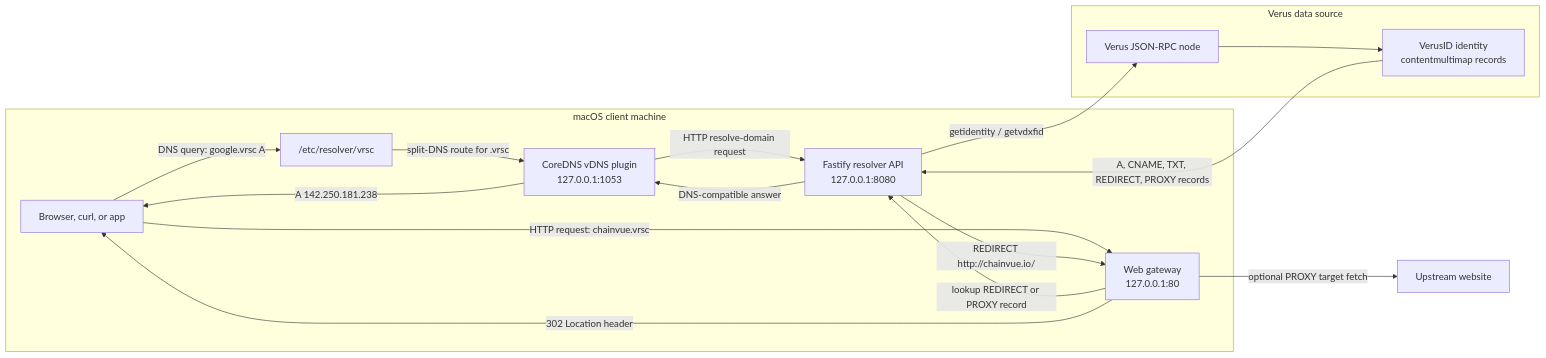
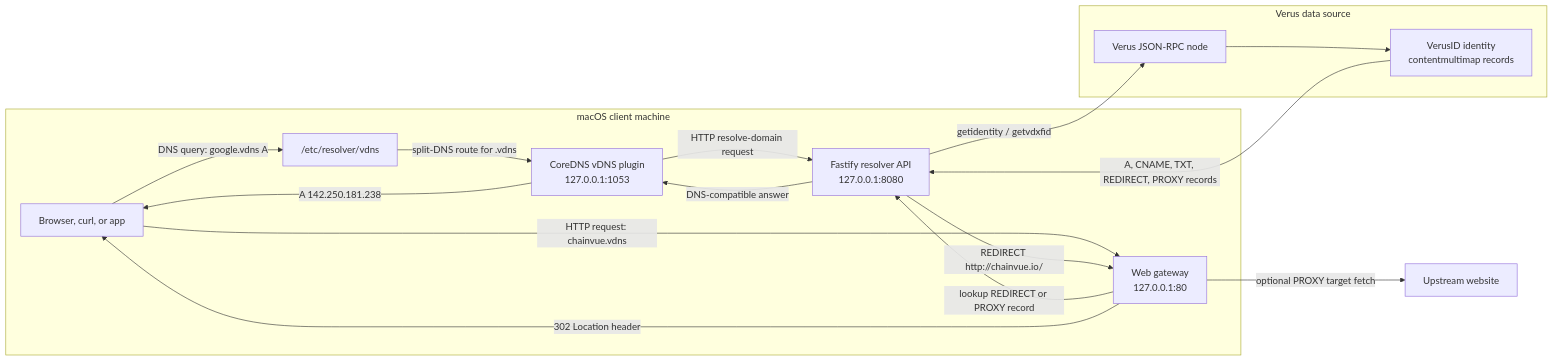
One commit to devdudeio/vdns changed the diagram in docs/architecture.md. Above: the diagram before and after it, drawn with Mermaid. The commit also changed other lines of this file and 102 other files, not shown here.

````diff
--- a/docs/architecture.md
+++ b/docs/architecture.md
@@ -22,30 +22,30 @@
 ```mermaid
 flowchart LR
   subgraph macOS[macOS client machine]
     App[Browser, curl, or app]
-    ResolverConfig["/etc/resolver/vrsc"]
+    ResolverConfig["/etc/resolver/vdns"]
     CoreDNS[CoreDNS vDNS plugin\n127.0.0.1:1053]
     HTTPResolver[Fastify resolver API\n127.0.0.1:8080]
     Gateway[Web gateway\n127.0.0.1:80]
   end
 
   subgraph Verus[Verus data source]
     RPC[Verus JSON-RPC node]
     Identity[VerusID identity\ncontentmultimap records]
   end
 
-  App -->|DNS query: google.vrsc A| ResolverConfig
-  ResolverConfig -->|split-DNS route for .vrsc| CoreDNS
+  App -->|DNS query: google.vdns A| ResolverConfig
+  ResolverConfig -->|split-DNS route for .vdns| CoreDNS
   CoreDNS -->|HTTP resolve-domain request| HTTPResolver
   HTTPResolver -->|getidentity / getvdxfid| RPC
   RPC --> Identity
   Identity -->|A, CNAME, TXT, REDIRECT, PROXY records| HTTPResolver
   HTTPResolver -->|DNS-compatible answer| CoreDNS
   CoreDNS -->|A 142.250.181.238| App
 
-  App -->|HTTP request: chainvue.vrsc| Gateway
+  App -->|HTTP request: chainvue.vdns| Gateway
   Gateway -->|lookup REDIRECT or PROXY record| HTTPResolver
   HTTPResolver -->|REDIRECT http://chainvue.io/| Gateway
   Gateway -->|302 Location header| App
   Gateway -->|optional PROXY target fetch| Upstream[Upstream website]
 ```
````
